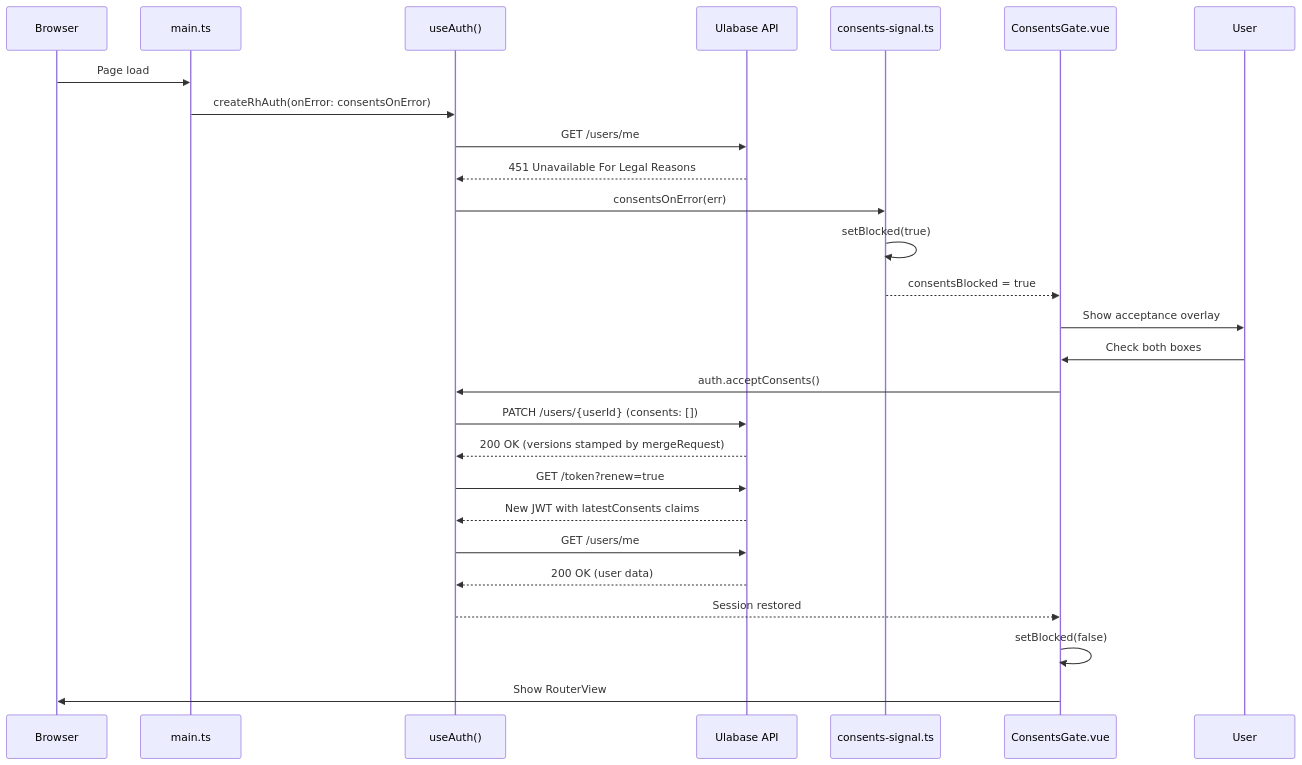
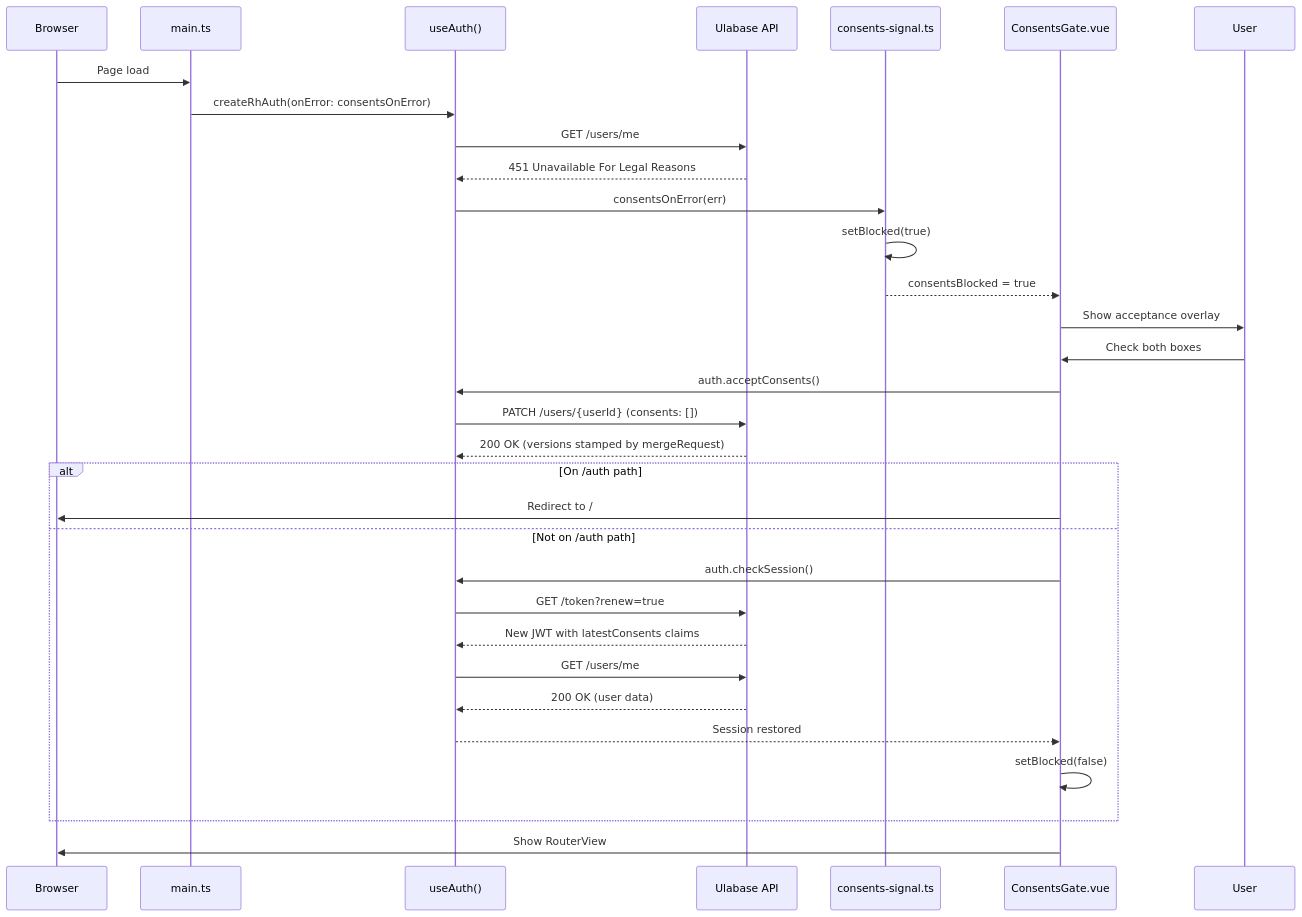
Before and after one commit to ulabase/starter-vue: the diagram in openwiki/concepts/consents-gate.md, drawn with Mermaid. The commit also changed other lines of this file and 18 other files, not shown here.

````diff
--- a/openwiki/concepts/consents-gate.md
+++ b/openwiki/concepts/consents-gate.md
@@ -39,30 +39,35 @@
 ```mermaid
 sequenceDiagram
     participant Browser as Browser
     participant Main as main.ts
     participant Auth as useAuth()
     participant API as Ulabase API
     participant Signal as consents-signal.ts
     participant Gate as ConsentsGate.vue
     participant User as User
 
     Browser->>Main: Page load
     Main->>Auth: createRhAuth(onError: consentsOnError)
     Auth->>API: GET /users/me
     API-->>Auth: 451 Unavailable For Legal Reasons
     Auth->>Signal: consentsOnError(err)
     Signal->>Signal: setBlocked(true)
     Signal-->>Gate: consentsBlocked = true
     Gate->>User: Show acceptance overlay
     User->>Gate: Check both boxes
     Gate->>Auth: auth.acceptConsents()
     Auth->>API: PATCH /users/{userId} (consents: [])
     API-->>Auth: 200 OK (versions stamped by mergeRequest)
-    Auth->>API: GET /token?renew=true
-    API-->>Auth: New JWT with latestConsents claims
-    Auth->>API: GET /users/me
-    API-->>Auth: 200 OK (user data)
-    Auth-->>Gate: Session restored
-    Gate->>Gate: setBlocked(false)
+    alt On /auth path
+        Gate->>Browser: Redirect to /
+    else Not on /auth path
+        Gate->>Auth: auth.checkSession()
+        Auth->>API: GET /token?renew=true
+        API-->>Auth: New JWT with latestConsents claims
+        Auth->>API: GET /users/me
+        API-->>Auth: 200 OK (user data)
+        Auth-->>Gate: Session restored
+        Gate->>Gate: setBlocked(false)
+    end
     Gate->>Browser: Show RouterView
 ```
````
